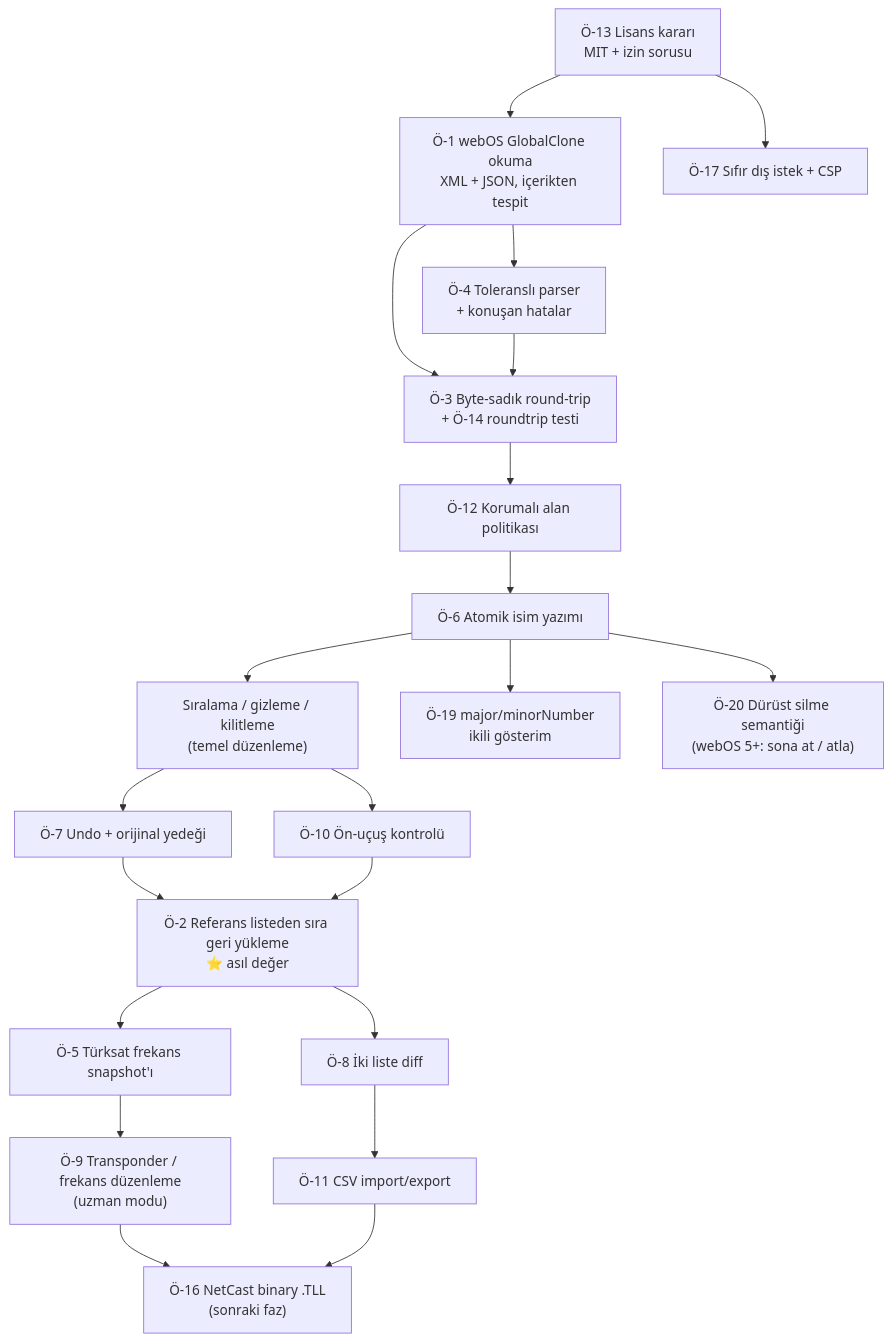
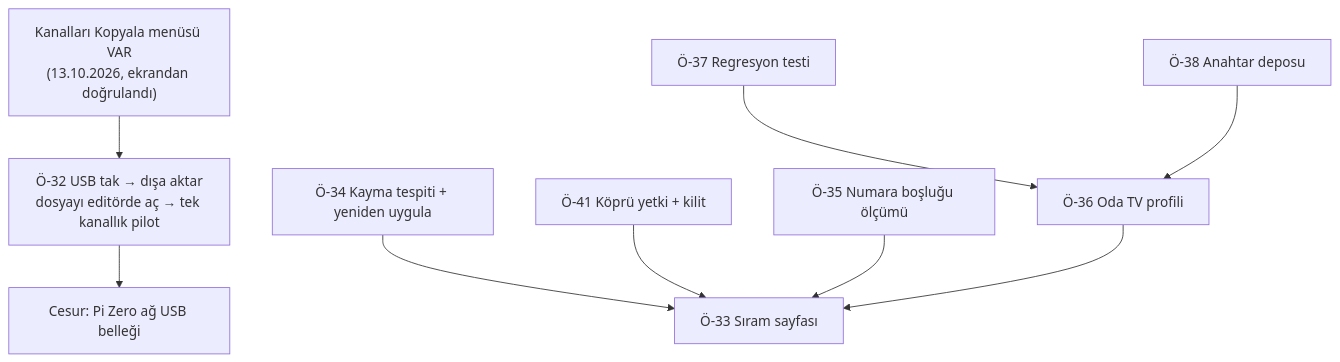
One commit to niedy707/scm-editor changed the diagram in scm-editor_tara.md. Above: the diagram before and after it, drawn with Mermaid. The commit also changed other lines of this file and 5 other files, not shown here.

````diff
--- a/scm-editor_tara.md
+++ b/scm-editor_tara.md
@@ -325,23 +275,11 @@
 ```mermaid
 flowchart TD
-    A["Ö-13 Lisans kararı<br/>MIT + izin sorusu"] --> B["Ö-1 webOS GlobalClone okuma<br/>XML + JSON, içerikten tespit"]
-    B --> C["Ö-3 Byte-sadık round-trip<br/>+ Ö-14 roundtrip testi"]
-    C --> D["Ö-12 Korumalı alan politikası"]
-    D --> E["Ö-6 Atomik isim yazımı"]
-    E --> F["Sıralama / gizleme / kilitleme<br/>(temel düzenleme)"]
-    F --> G["Ö-7 Undo + orijinal yedeği"]
-    F --> H["Ö-10 Ön-uçuş kontrolü"]
-    E --> Q["Ö-19 major/minorNumber<br/>ikili gösterim"]
-    E --> R["Ö-20 Dürüst silme semantiği<br/>(webOS 5+: sona at / atla)"]
-    G --> I["Ö-2 Referans listeden sıra geri yükleme<br/>⭐ asıl değer"]
-    H --> I
-    I --> J["Ö-8 İki liste diff"]
-    I --> K["Ö-5 Türksat frekans snapshot'ı"]
-    K --> L["Ö-9 Transponder / frekans düzenleme<br/>(uzman modu)"]
-    J --> M["Ö-11 CSV import/export"]
-    B --> N["Ö-4 Toleranslı parser<br/>+ konuşan hatalar"]
-    N --> C
-    A --> O["Ö-17 Sıfır dış istek + CSP"]
-    L --> P["Ö-16 NetCast binary .TLL<br/>(sonraki faz)"]
-    M --> P
+    A["Kanalları Kopyala menüsü VAR<br/>(13.10.2026, ekrandan doğrulandı)"] --> C["Ö-32 USB tak → dışa aktar<br/>dosyayı editörde aç → tek kanallık pilot"]
+    E["Ö-34 Kayma tespiti + yeniden uygula"] --> F["Ö-33 Sıram sayfası"]
+    G["Ö-41 Köprü yetki + kilit"] --> F
+    H["Ö-35 Numara boşluğu ölçümü"] --> F
+    I["Ö-36 Oda TV profili"] --> F
+    J["Ö-37 Regresyon testi"] --> I
+    K["Ö-38 Anahtar deposu"] --> I
+    C --> L["Cesur: Pi Zero ağ USB belleği"]
 ```
````
